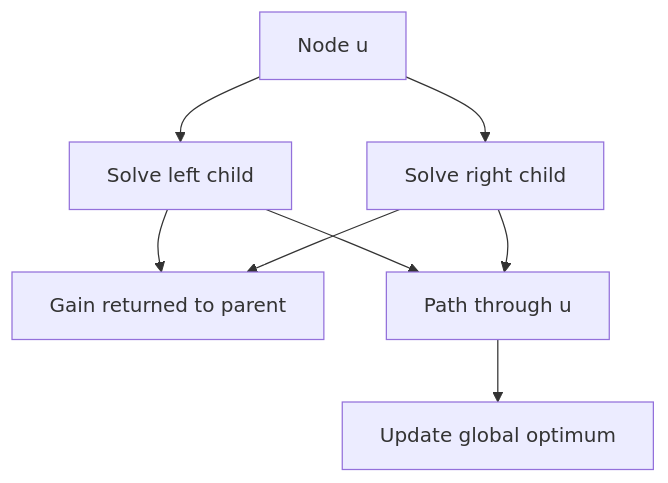
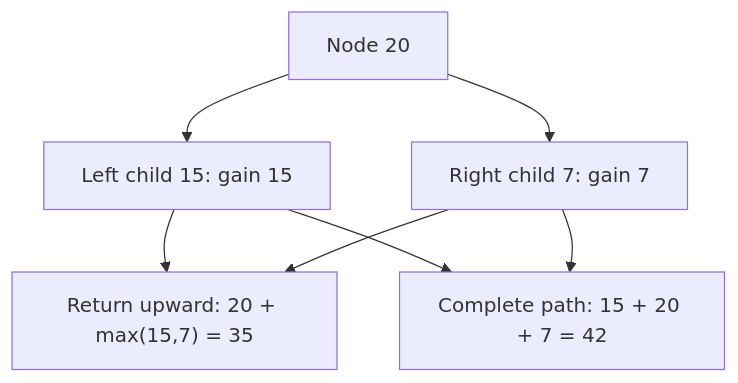
Before and after one commit to gaurav1kr/Miscellaneous: the diagram in DSA/DP/DP_Mathematics_Master_Guide_Illustrated/Theory/Chapter-10.md, drawn with Mermaid. The commit also changed other lines of this file and 320 other files, not shown here.

````diff
--- a/DSA/DP/DP_Mathematics_Master_Guide_Illustrated/Theory/Chapter-10.md
+++ b/DSA/DP/DP_Mathematics_Master_Guide_Illustrated/Theory/Chapter-10.md
@@ -36,10 +25,9 @@
 ```mermaid
 flowchart TD
- A["Node u"] --> B["Solve left child"]
- A --> C["Solve right child"]
- B --> D["Gain returned to parent"]
+ A["Node 20"] --> B["Left child 15: gain 15"]
+ A --> C["Right child 7: gain 7"]
+ B --> D["Return upward: 20 + max(15,7) = 35"]
  C --> D
- B --> E["Path through u"]
+ B --> E["Complete path: 15 + 20 + 7 = 42"]
  C --> E
- E --> F["Update global optimum"]
 ```
````
